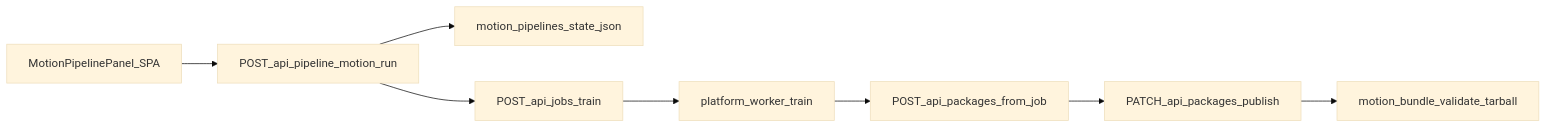
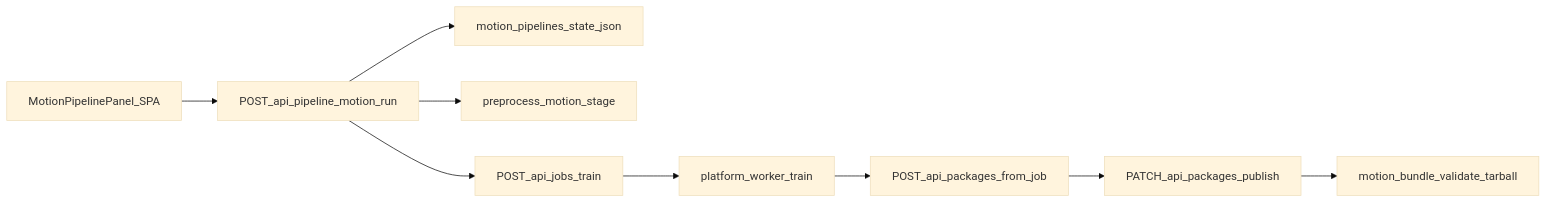
The fifth of 6 diagrams in docs/skill_foundry/02_architecture.md (Saitosar/AUROSY-Skill-Factory-Platform), drawn with Mermaid (base theme) before and after one commit. The commit also changed other lines of this file and 35 other files, not shown here.

````diff
--- a/docs/skill_foundry/02_architecture.md
+++ b/docs/skill_foundry/02_architecture.md
@@ -62,10 +64,11 @@
 ```mermaid
 flowchart LR
   ui[MotionPipelinePanel_SPA] --> run[POST_api_pipeline_motion_run]
   run --> state[motion_pipelines_state_json]
+  run --> prep[preprocess_motion_stage]
   run --> jobs[POST_api_jobs_train]
   jobs --> worker[platform_worker_train]
   worker --> pack[POST_api_packages_from_job]
   pack --> pub[PATCH_api_packages_publish]
   pub --> gate[motion_bundle_validate_tarball]
 ```
````
